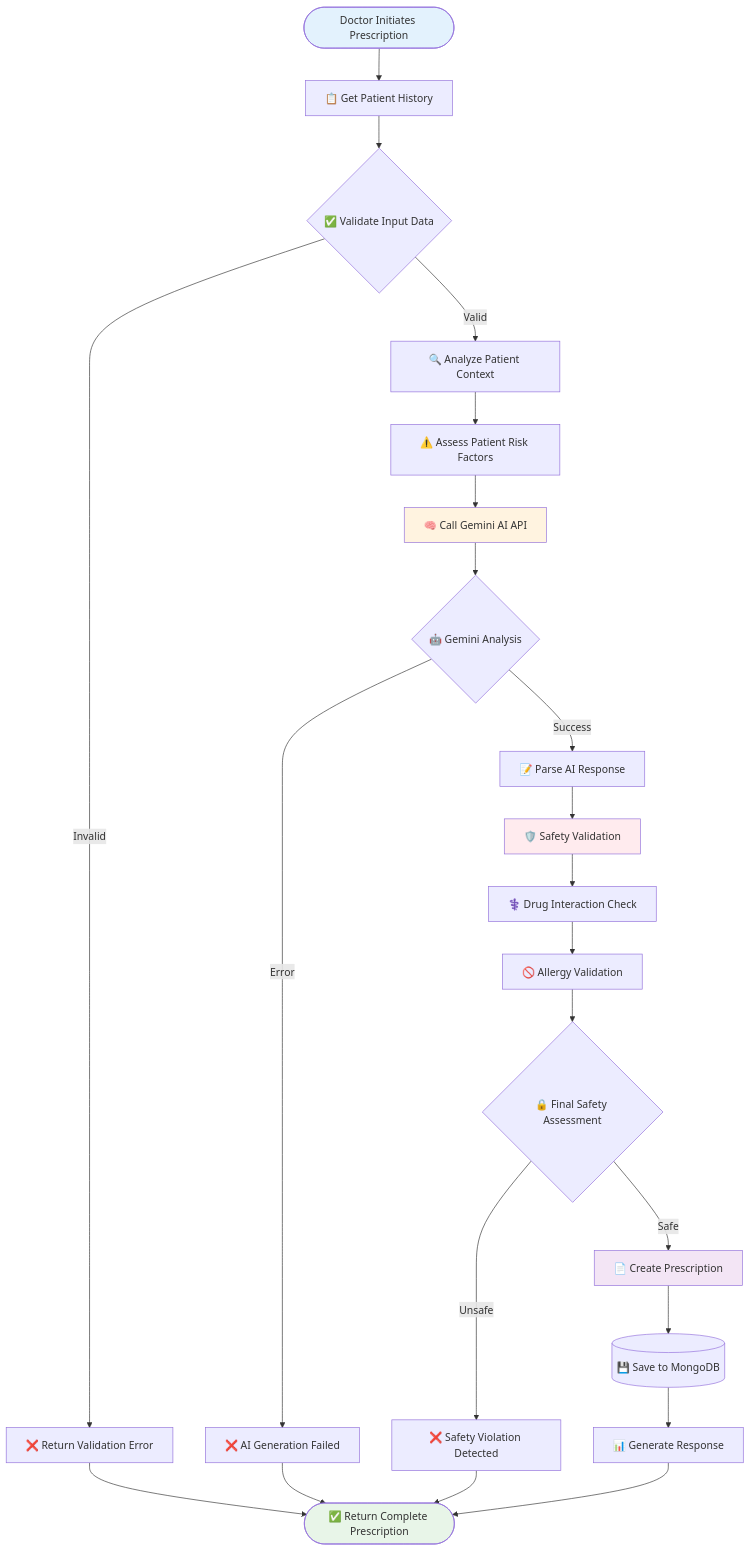
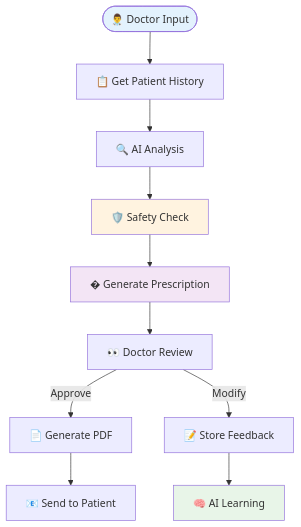
The second of 2 diagrams in README.md (SwapysProject/doco), drawn with Mermaid before and after one commit. The commit also changed other lines of this file and 13 other files, not shown here.

````diff
--- a/README.md
+++ b/README.md
@@ -194,36 +78,17 @@
 ```mermaid
 flowchart TD
-    Start([Doctor Initiates Prescription]) --> GetHistory[📋 Get Patient History]
-    GetHistory --> ValidateInput{✅ Validate Input Data}
-    ValidateInput -->|Invalid| Error1[❌ Return Validation Error]
-    ValidateInput -->|Valid| AnalyzeContext[🔍 Analyze Patient Context]
-
-    AnalyzeContext --> RiskAssess[⚠️ Assess Patient Risk Factors]
-    RiskAssess --> GeminiCall[🧠 Call Gemini AI API]
-
-    GeminiCall --> GeminiAnalysis{🤖 Gemini Analysis}
-    GeminiAnalysis -->|Error| Error2[❌ AI Generation Failed]
-    GeminiAnalysis -->|Success| ParseResponse[📝 Parse AI Response]
-
-    ParseResponse --> SafetyCheck[🛡️ Safety Validation]
-    SafetyCheck --> InteractionCheck[⚕️ Drug Interaction Check]
-    InteractionCheck --> AllergyCheck[🚫 Allergy Validation]
-
-    AllergyCheck --> FinalSafety{🔒 Final Safety Assessment}
-    FinalSafety -->|Unsafe| SafetyError[❌ Safety Violation Detected]
-    FinalSafety -->|Safe| CreatePrescription[📄 Create Prescription]
-
-    CreatePrescription --> SaveDB[(💾 Save to MongoDB)]
-    SaveDB --> GenerateResponse[📊 Generate Response]
-    GenerateResponse --> End([✅ Return Complete Prescription])
-
-    Error1 --> End
-    Error2 --> End
-    SafetyError --> End
-
+    Start([👨‍⚕️ Doctor Input]) --> GetHistory[📋 Get Patient History]
+    GetHistory --> Analyze[🔍 AI Analysis]
+    Analyze --> Safety[🛡️ Safety Check]
+    Safety --> Generate[� Generate Prescription]
+    Generate --> Review[👀 Doctor Review]
+    Review -->|Approve| PDF[📄 Generate PDF]
+    Review -->|Modify| Feedback[📝 Store Feedback]
+    PDF --> Email[📧 Send to Patient]
+    Feedback --> Learn[🧠 AI Learning]
+    
     style Start fill:#e3f2fd
-    style End fill:#e8f5e8
-    style GeminiCall fill:#fff3e0
-    style SafetyCheck fill:#ffebee
-    style CreatePrescription fill:#f3e5f5
+    style Generate fill:#f3e5f5
+    style Safety fill:#fff3e0
+    style Learn fill:#e8f5e8
 ```
````
